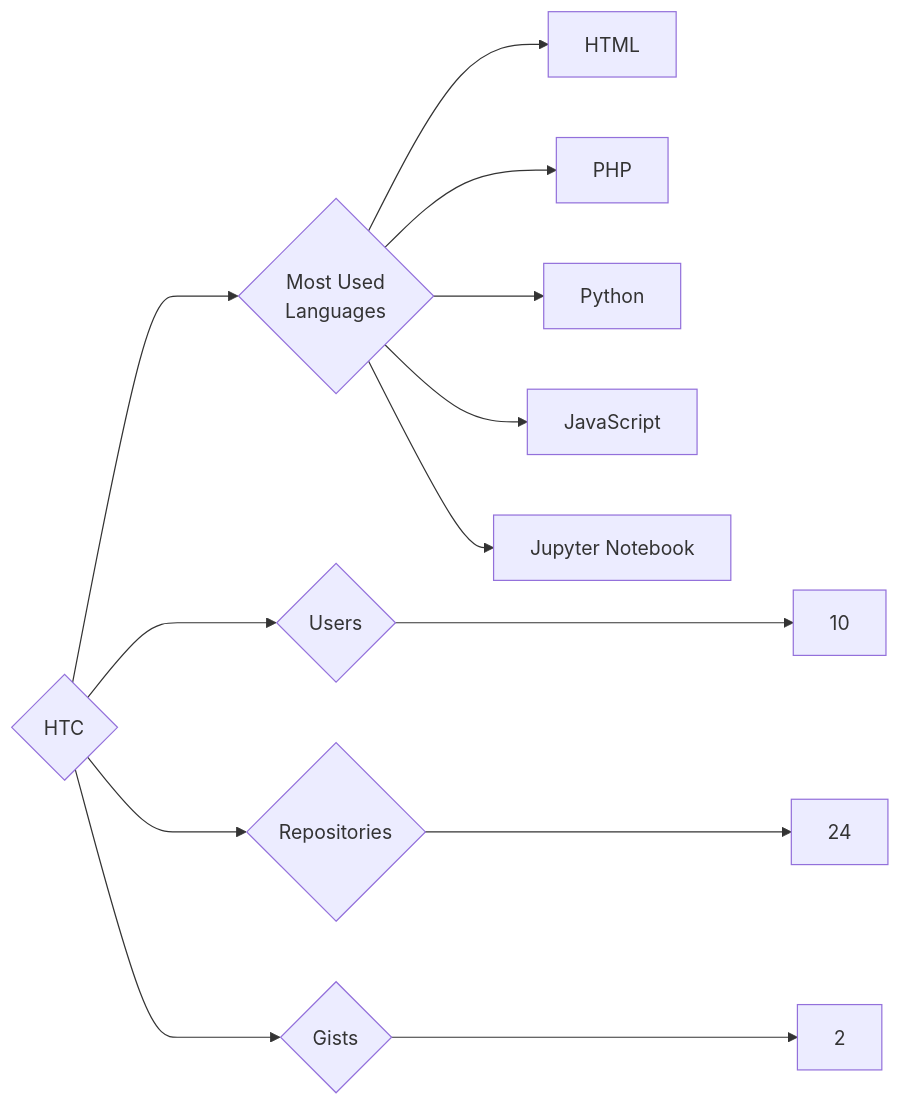
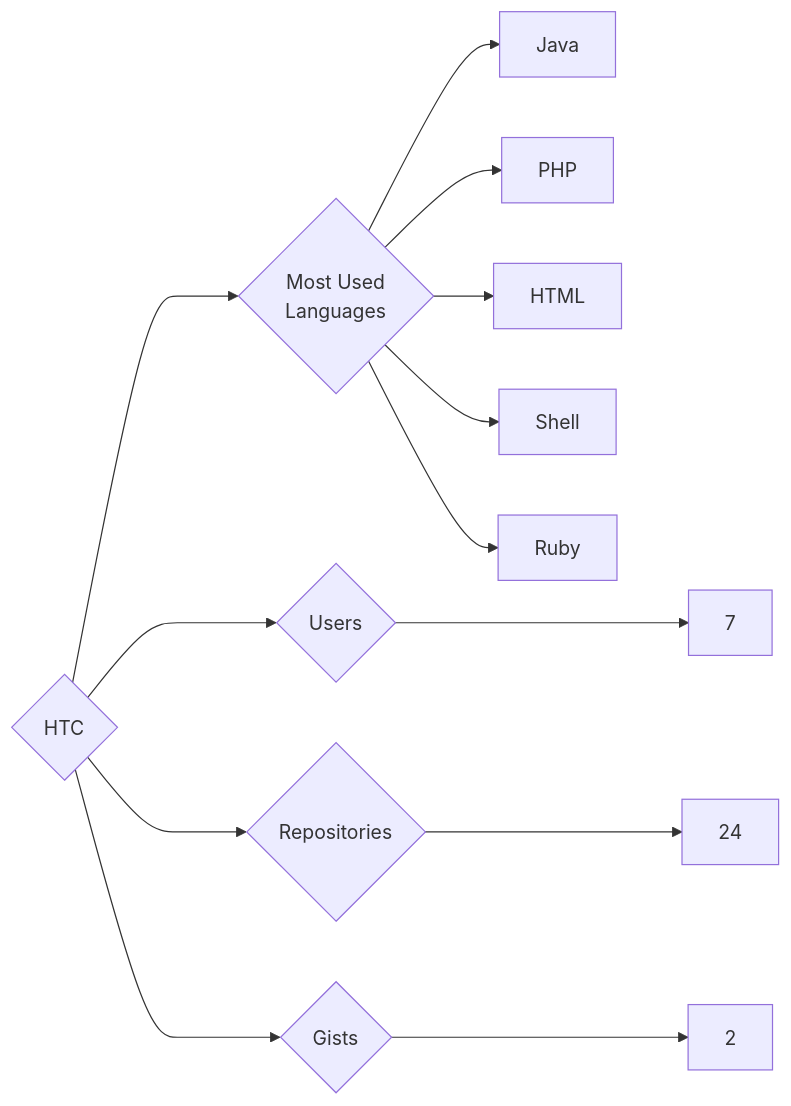
One commit to trickest/insiders changed the diagram in targets/HTC/README.md. Above: the diagram before and after it, drawn with Mermaid. The commit also changed 1141 other files, not shown here.

````diff
--- a/targets/HTC/README.md
+++ b/targets/HTC/README.md
@@ -3,13 +3,13 @@
 ```mermaid
 graph LR
 COMPANY_NAME{HTC}
-COMPANY_NAME ---> U{Users} ---> UN[10]
+COMPANY_NAME ---> U{Users} ---> UN[7]
 COMPANY_NAME ---> R{Repositories} ---> RN[24]
 COMPANY_NAME ---> G{Gists} ---> GN[2]
 COMPANY_NAME ---> ML{Most Used<br>Languages}
+ML --> Java[Java]
+ML --> PHP[PHP]
 ML --> HTML[HTML]
-ML --> PHP[PHP]
-ML --> Python[Python]
-ML --> JavaScript[JavaScript]
-ML --> Jupyter_Notebook[Jupyter Notebook]
+ML --> Shell[Shell]
+ML --> Ruby[Ruby]
 ```
````
